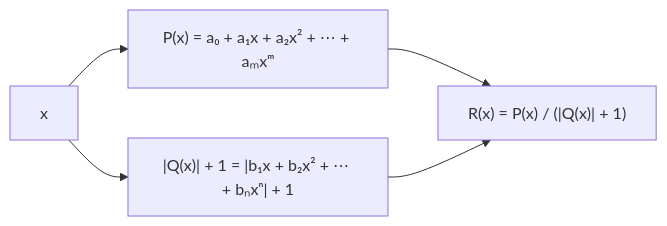
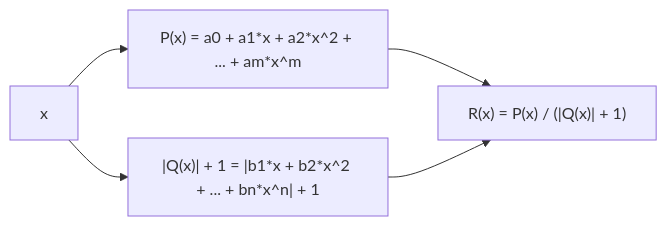
One commit to MaTichy/Rational_Activations_and_Compression_in_Visual_Transformer_Models changed the second of 3 diagrams in README.md. Above: the diagram before and after it, drawn with Mermaid. The commit also changed other lines of this file and 3 other files, not shown here.

First line of the commit message:
Update experiment to 20 epochs, fix mermaid diagrams, add compression metrics

````diff
--- a/README.md
+++ b/README.md
@@ -80,7 +91,7 @@
 ```mermaid
 flowchart LR
-    X["x"] --> P["P(x) = a₀ + a₁x + a₂x² + ⋯ + aₘxᵐ"]
-    X --> Q["|Q(x)| + 1 = |b₁x + b₂x² + ⋯ + bₙxⁿ| + 1"]
+    X["x"] --> P["P(x) = a0 + a1*x + a2*x^2 + ... + am*x^m"]
+    X --> Q["|Q(x)| + 1 = |b1*x + b2*x^2 + ... + bn*x^n| + 1"]
     P --> R["R(x) = P(x) / (|Q(x)| + 1)"]
     Q --> R
 ```
````
